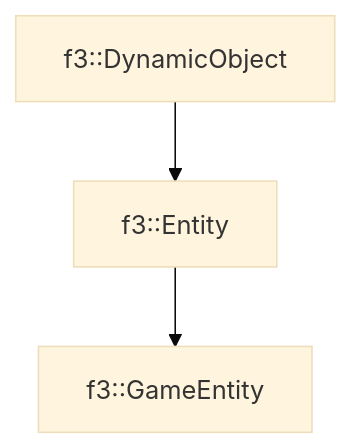
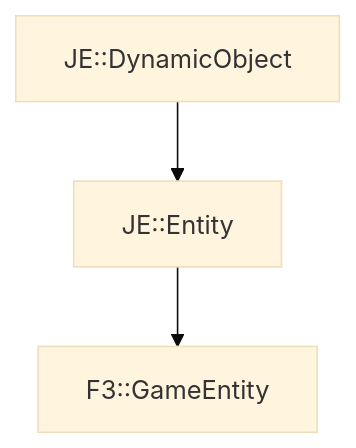
One commit to OpenJE/openvb changed the diagram in docs/f3/GameEntity.md. Above: the diagram before and after it, drawn with Mermaid (base theme). The commit also changed other lines of this file and 1399 other files, not shown here.

````diff
--- a/docs/f3/GameEntity.md
+++ b/docs/f3/GameEntity.md
@@ -17,5 +17,5 @@
 ```mermaid
 graph TD;
-    f3::DynamicObject --> f3::Entity
-    f3::Entity --> f3::GameEntity
+    JE::DynamicObject --> JE::Entity
+    JE::Entity --> F3::GameEntity
 ```
````
